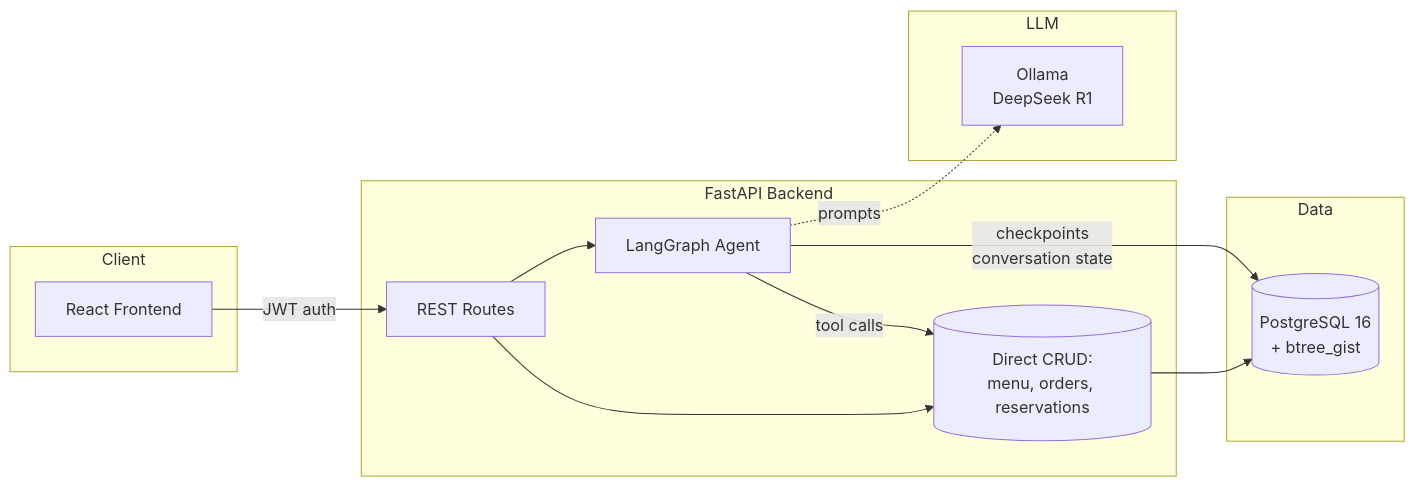
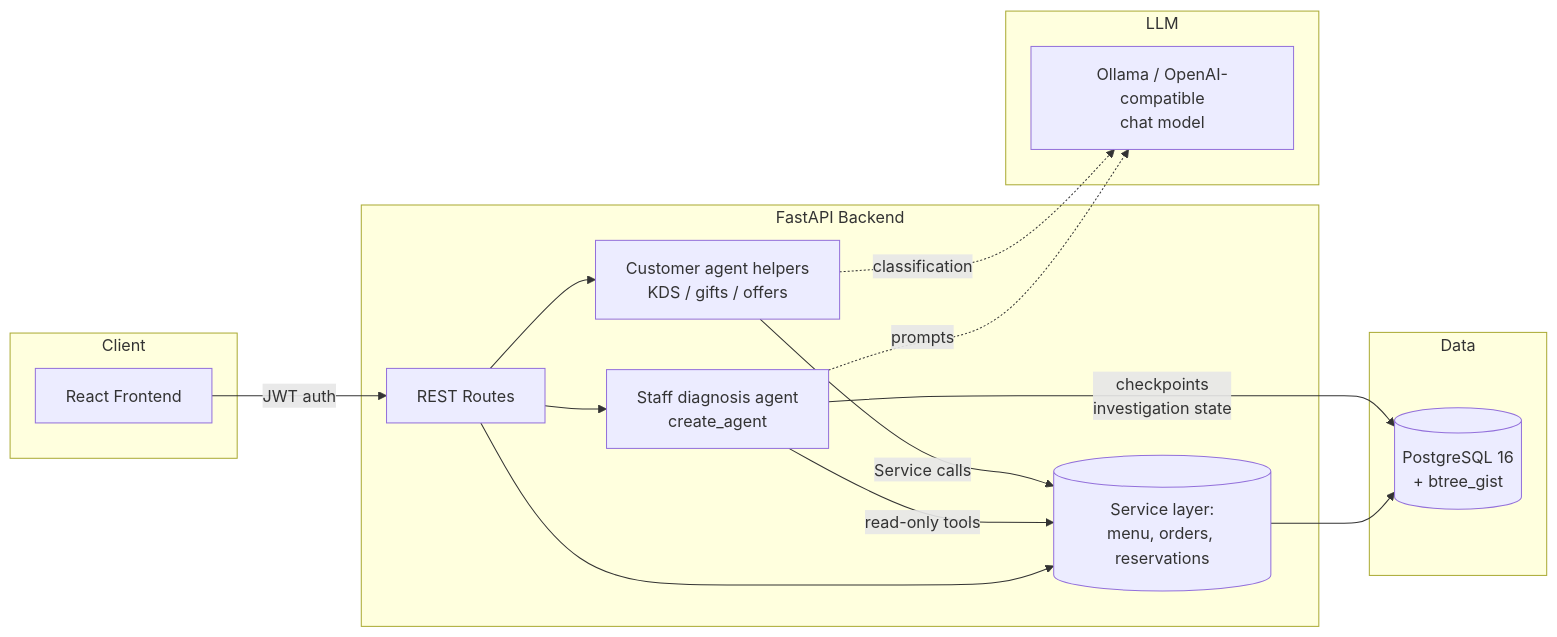
Before and after one commit to ther208qq/multi-restaurant-agent: the first of 2 diagrams in ARCHITECTURE.md, drawn with Mermaid. The commit also changed other lines of this file and 97 other files, not shown here.

First line of the commit message:
Add diagnosis investigation, eval harness and structured reporting

````diff
--- a/ARCHITECTURE.md
+++ b/ARCHITECTURE.md
@@ -7,22 +7,25 @@
 ```mermaid
 graph LR
     subgraph Client
         A[React Frontend]
     end
     subgraph API["FastAPI Backend"]
-        B[REST Routes] --> C[LangGraph Agent]
-        B --> D[(Direct CRUD:<br/>menu, orders, reservations)]
+        B[REST Routes] --> C[Staff diagnosis agent<br/>create_agent]
+        B --> H[Customer agent helpers<br/>KDS / gifts / offers]
+        B --> D[(Service layer:<br/>menu, orders, reservations)]
     end
     subgraph Data
         E[(PostgreSQL 16<br/>+ btree_gist)]
     end
     subgraph LLM
-        F[Ollama<br/>DeepSeek R1]
+        F[Ollama / OpenAI-compatible<br/>chat model]
     end
 
     A -->|JWT auth| B
-    C -->|tool calls| D
+    C -->|read-only tools| D
+    H -->|Service calls| D
     C -.->|prompts| F
+    H -.->|classification| F
     D --> E
-    C -->|checkpoints<br/>conversation state| E
+    C -->|checkpoints<br/>investigation state| E
 ```
````
